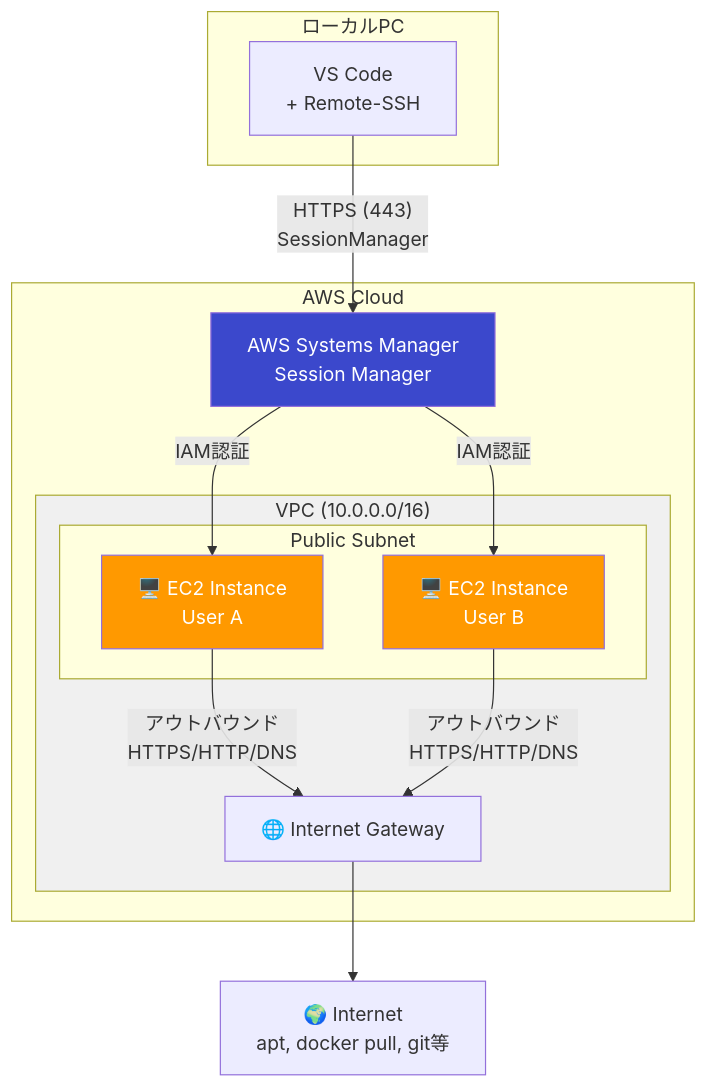
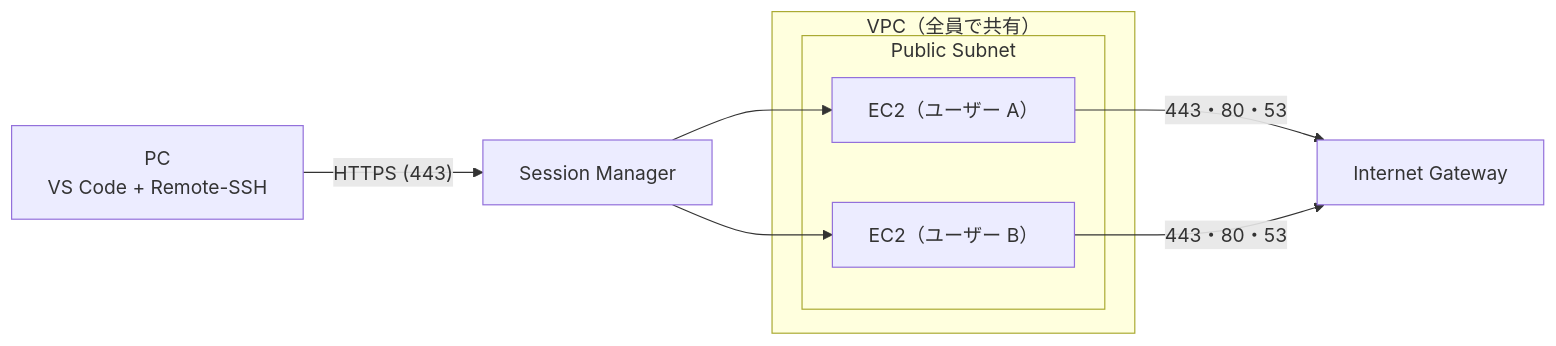
The diagram in README.md (sukekyo26/ec2-workstation), drawn with Mermaid before and after one commit. The commit also changed other lines of this file and 5 other files, not shown here.

````diff
--- a/README.md
+++ b/README.md
@@ -27,28 +419,13 @@
 ```mermaid
-flowchart TB
-    subgraph AWS["AWS Cloud"]
-        subgraph VPC["VPC (10.0.0.0/16)"]
-            subgraph Subnet["Public Subnet"]
-                EC2A["🖥️ EC2 Instance<br/>User A"]
-                EC2B["🖥️ EC2 Instance<br/>User B"]
-            end
-            IGW["🌐 Internet Gateway"]
+flowchart LR
+    PC["PC<br/>VS Code + Remote-SSH"] -->|"HTTPS (443)"| SSM["Session Manager"]
+    subgraph VPC["VPC（全員で共有）"]
+        subgraph Subnet["Public Subnet"]
+            EC2A["EC2（ユーザー A）"]
+            EC2B["EC2（ユーザー B）"]
         end
-        SSM["AWS Systems Manager<br/>Session Manager"]
     end
-
-    subgraph Local["ローカルPC"]
-        VSCode["VS Code<br/>+ Remote-SSH"]
-    end
-
-    VSCode -->|"HTTPS (443)<br/>SessionManager"| SSM
-    SSM -->|"IAM認証"| EC2A
-    SSM -->|"IAM認証"| EC2B
-    EC2A & EC2B -->|"アウトバウンド<br/>HTTPS/HTTP/DNS"| IGW
-    IGW --> Internet["🌍 Internet<br/>apt, docker pull, git等"]
-
-    style EC2A fill:#ff9900,color:#fff
-    style EC2B fill:#ff9900,color:#fff
-    style SSM fill:#3b48cc,color:#fff
-    style VPC fill:#f0f0f0
+    SSM --> EC2A
+    SSM --> EC2B
+    EC2A & EC2B -->|"443・80・53"| IGW["Internet Gateway"]
 ```
````
